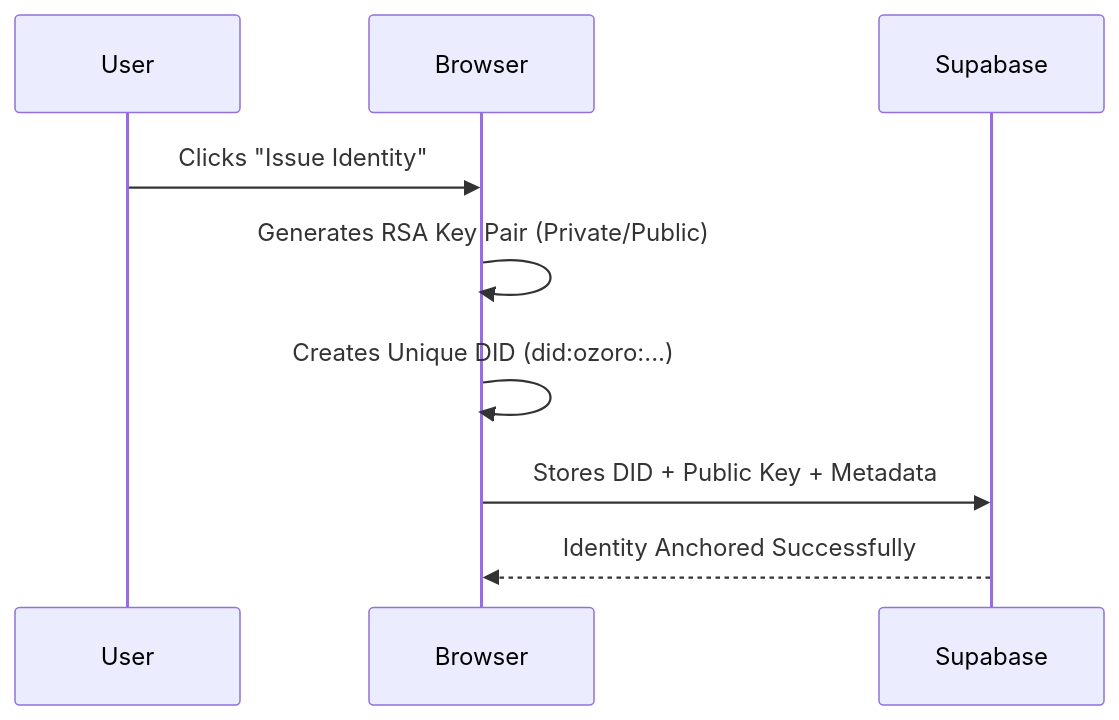
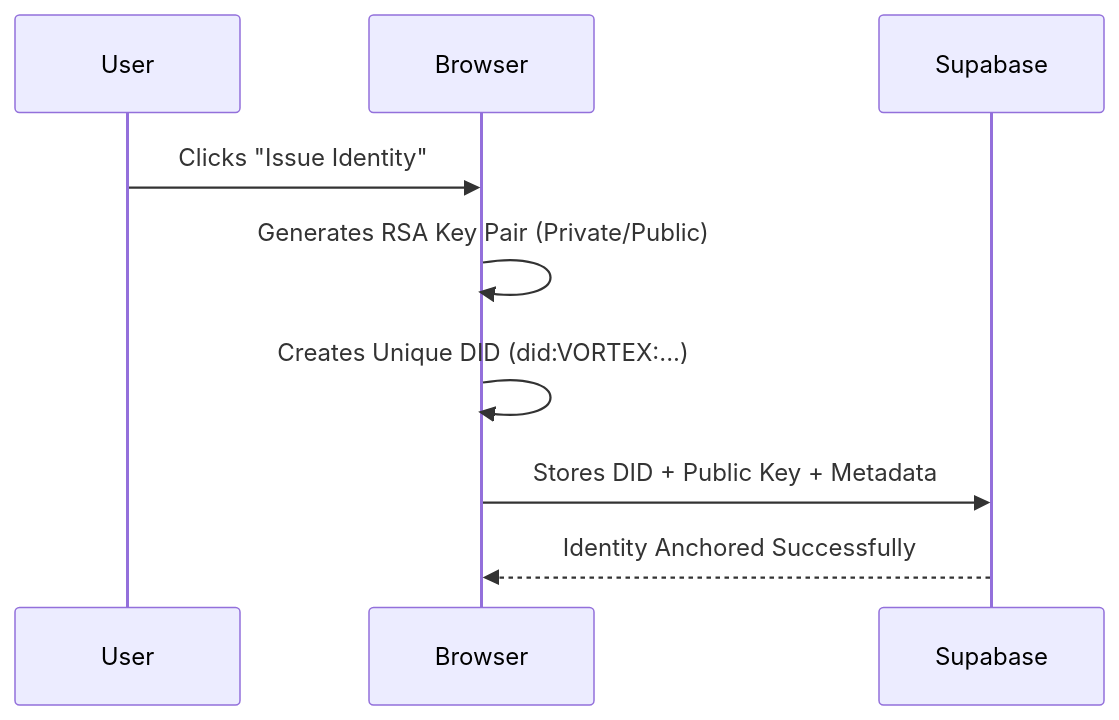
One commit to tekiplanet/secure-dims-project changed the diagram in prd/how-it-works.md. Above: the diagram before and after it, drawn with Mermaid. The commit also changed other lines of this file and 33 other files, not shown here.

````diff
--- a/prd/how-it-works.md
+++ b/prd/how-it-works.md
@@ -80,11 +80,11 @@
 ```mermaid
 sequenceDiagram
     participant User
     participant Browser
     participant Supabase
     User->>Browser: Clicks "Issue Identity"
     Browser->>Browser: Generates RSA Key Pair (Private/Public)
-    Browser->>Browser: Creates Unique DID (did:ozoro:...)
+    Browser->>Browser: Creates Unique DID (did:VORTEX:...)
     Browser->>Supabase: Stores DID + Public Key + Metadata
     Supabase-->>Browser: Identity Anchored Successfully
 ```
````
